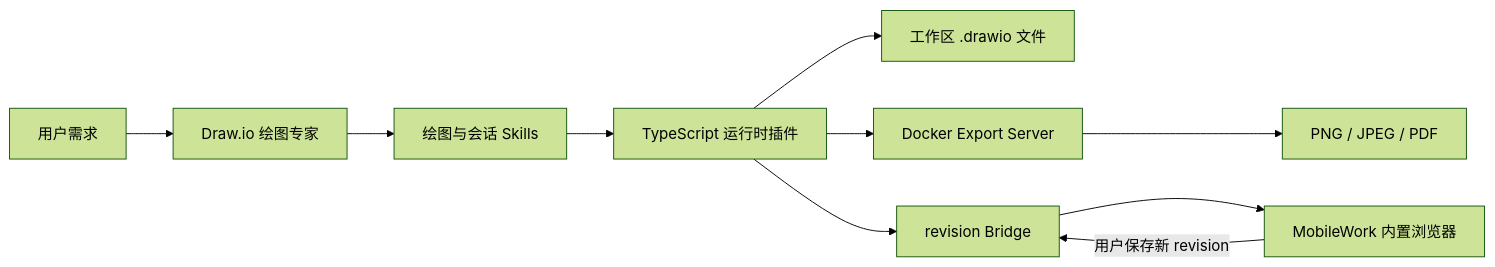
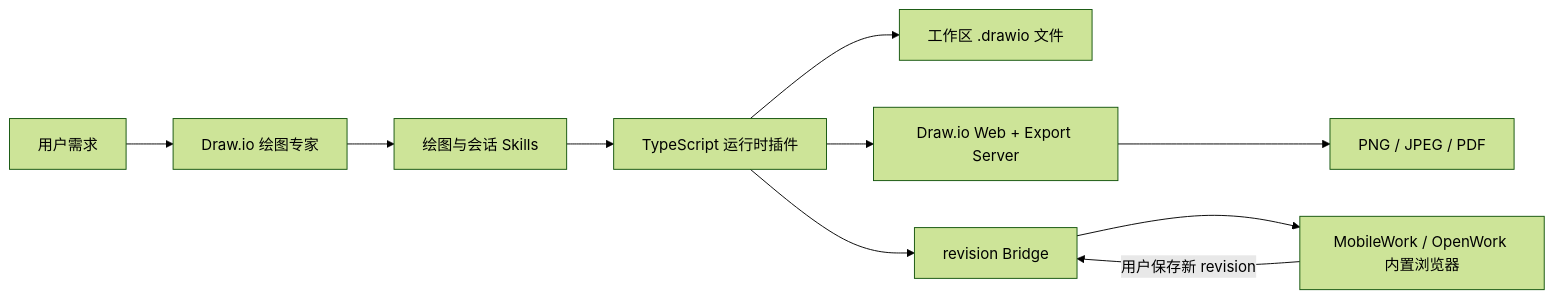
Before and after one commit to zqizhang/mobilework-drawio: the diagram in README.md, drawn with Mermaid (forest theme). The commit also changed other lines of this file and 2 other files, not shown here.

````diff
--- a/README.md
+++ b/README.md
@@ -26,12 +26,12 @@
 ```mermaid
 flowchart LR
     U["用户需求"] --> A["Draw.io 绘图专家"]
     A --> S["绘图与会话 Skills"]
     S --> R["TypeScript 运行时插件"]
     R --> D["工作区 .drawio 文件"]
-    R --> E["Docker Export Server"]
+    R --> E["Draw.io Web + Export Server"]
     E --> P["PNG / JPEG / PDF"]
     R --> B["revision Bridge"]
-    B --> W["MobileWork 内置浏览器"]
+    B --> W["MobileWork / OpenWork 内置浏览器"]
     W -->|"用户保存新 revision"| B
 ```
````
